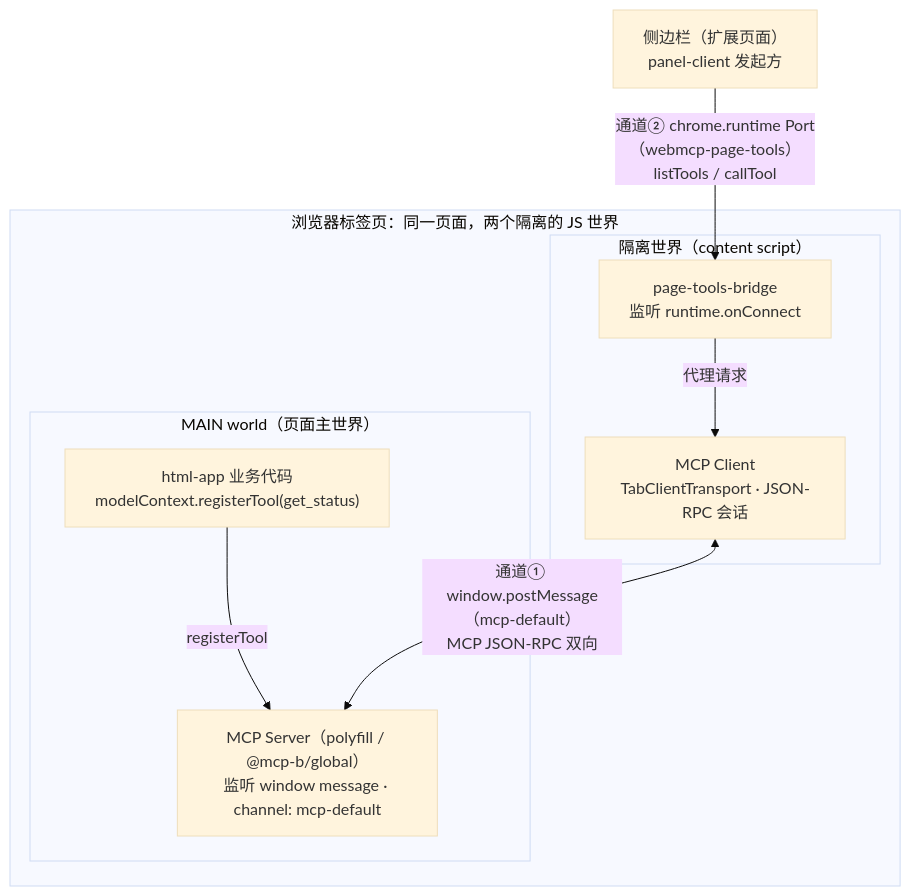
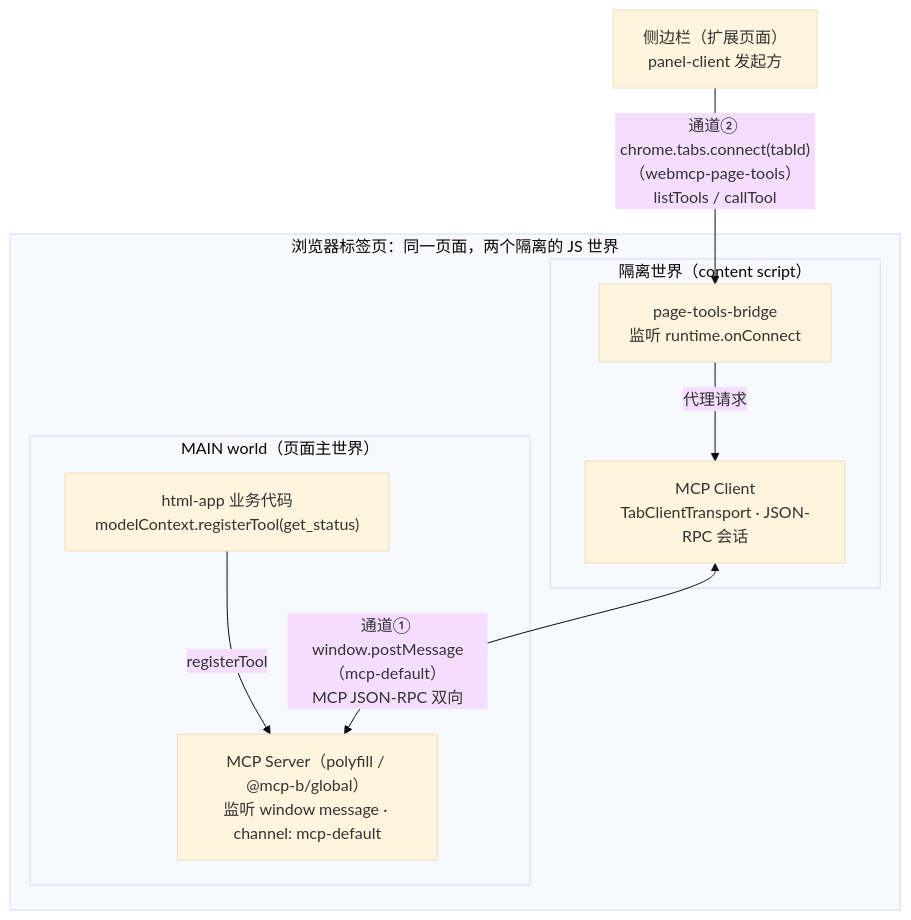
One commit to jackdizhu/webmcp-example changed the first of 2 diagrams in README.md. Above: the diagram before and after it, drawn with Mermaid (base theme). The commit also changed other lines of this file and 12 other files, not shown here.

````diff
--- a/README.md
+++ b/README.md
@@ -74,18 +74,18 @@
 ```mermaid
 flowchart TB
     PANEL["侧边栏（扩展页面）<br/>panel-client 发起方"]
     subgraph TAB["浏览器标签页：同一页面，两个隔离的 JS 世界"]
         subgraph MAIN["MAIN world（页面主世界）"]
             APP["html-app 业务代码<br/>modelContext.registerTool(get_status)"]
             SERVER["MCP Server（polyfill / @mcp-b/global）<br/>监听 window message · channel: mcp-default"]
         end
         subgraph ISO["隔离世界（content script）"]
             BRIDGE["page-tools-bridge<br/>监听 runtime.onConnect"]
             CLIENT["MCP Client<br/>TabClientTransport · JSON-RPC 会话"]
         end
     end
-    PANEL -- "通道② chrome.runtime Port（webmcp-page-tools）<br/>listTools / callTool" --> BRIDGE
+    PANEL -- "通道② chrome.tabs.connect(tabId)（webmcp-page-tools）<br/>listTools / callTool" --> BRIDGE
     BRIDGE -- "代理请求" --> CLIENT
     APP -- "registerTool" --> SERVER
     CLIENT <-- "通道① window.postMessage（mcp-default）<br/>MCP JSON-RPC 双向" --> SERVER
 ```
````
